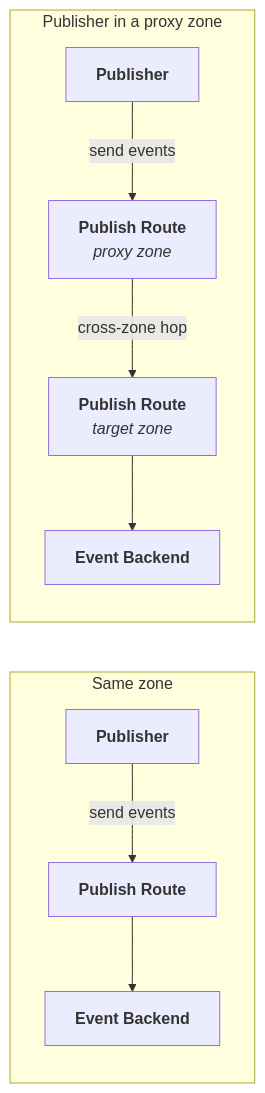
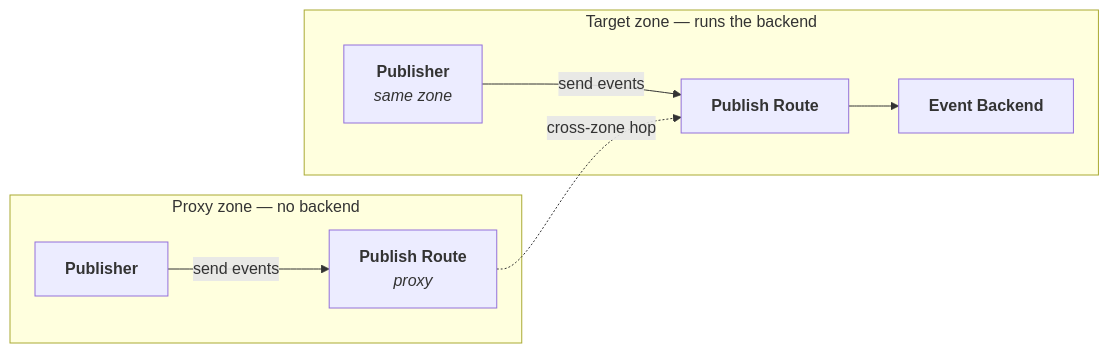
Before and after one commit to telekom/controlplane: the first of 4 diagrams in docs/docs/architecture/event.mdx, drawn with Mermaid. The commit also changed other lines of this file and 4 other files, not shown here.

Commit message:
docs: event-routes and event-proxy docs are clearer

````diff
--- a/docs/docs/architecture/event.mdx
+++ b/docs/docs/architecture/event.mdx
@@ -48,13 +57,13 @@
 ```mermaid
 graph LR
-    subgraph Local["Same zone"]
-        P1["<b>Publisher</b>"] -->|"send events"| PR1["<b>Publish Route</b>"]
-        PR1 --> B1["<b>Event Backend</b>"]
+    subgraph PZ["Proxy zone — no backend"]
+        P2["<b>Publisher</b>"] -->|"send events"| PR2["<b>Publish Route</b><br/><i>proxy</i>"]
     end
 
-    subgraph Proxy["Publisher in a proxy zone"]
-        P2["<b>Publisher</b>"] -->|"send events"| PR2["<b>Publish Route</b><br/><i>proxy zone</i>"]
-        PR2 -->|"cross-zone hop"| PR3["<b>Publish Route</b><br/><i>target zone</i>"]
-        PR3 --> B2["<b>Event Backend</b>"]
+    subgraph TZ["Target zone — runs the backend"]
+        P1["<b>Publisher</b><br/><i>same zone</i>"] -->|"send events"| PR1["<b>Publish Route</b>"]
+        PR1 --> B["<b>Event Backend</b>"]
     end
+
+    PR2 -.->|"cross-zone hop"| PR1
 ```
````
